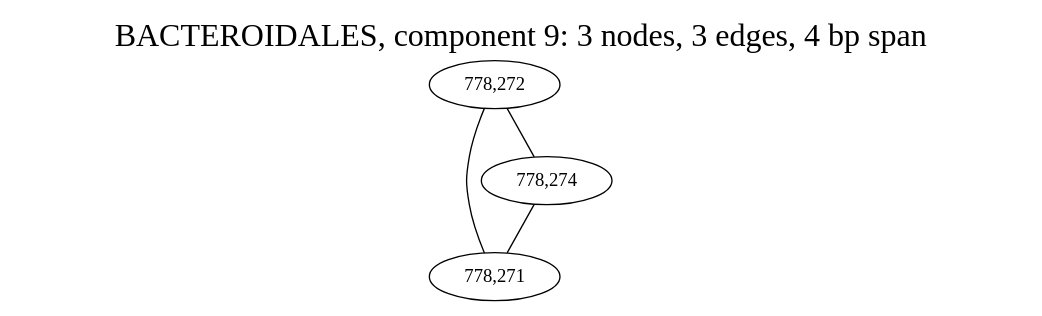
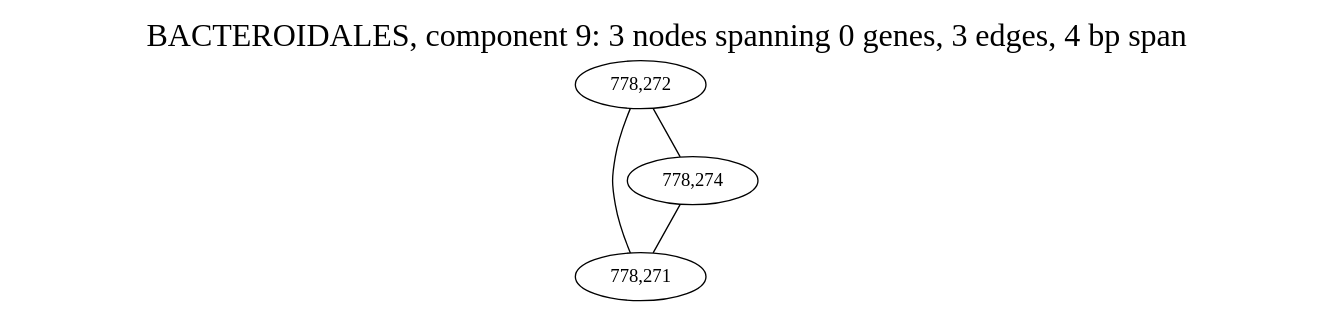
One commit to fedarko/sheepgut changed the diagram in notebooks/graphs/BACTEROIDALES_cc9.gv. Above: the diagram before and after it, drawn with Graphviz. The commit also changed 63 other files, not shown here.

Commit message:
gene info in graph labels!

```diff
--- a/notebooks/graphs/BACTEROIDALES_cc9.gv
+++ b/notebooks/graphs/BACTEROIDALES_cc9.gv
@@ -1,14 +1,14 @@
 graph BACTEROIDALES_cc9 {
 	overlap="prism50";
 	outputorder="edgesfirst";
 	node [style="filled"];
-	label="BACTEROIDALES, component 9: 3 nodes, 3 edges, 4 bp span";
+	label="BACTEROIDALES, component 9: 3 nodes spanning 0 genes, 3 edges, 4 bp span";
 	labelloc="t";
 	fontsize=24;
 	"778,271" [fillcolor="#ffffff", fontcolor="#000000"];
 	"778,272" [fillcolor="#ffffff", fontcolor="#000000"];
 	"778,274" [fillcolor="#ffffff", fontcolor="#000000"];
 	"778,272" -- "778,271";
 	"778,272" -- "778,274";
 	"778,274" -- "778,271";
 }
```
